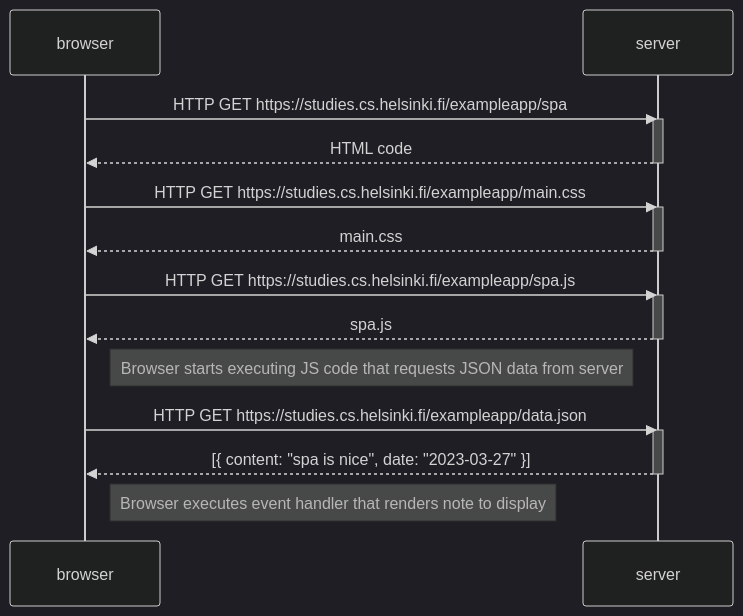
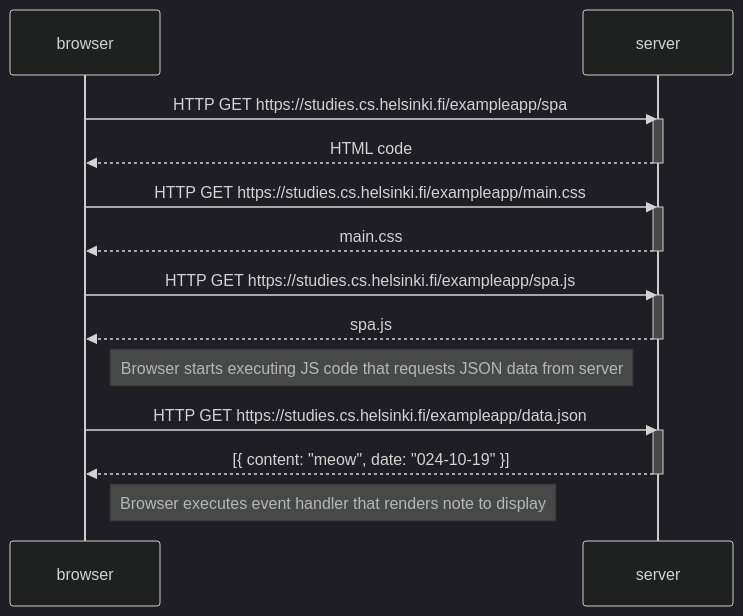
Before and after one commit to SXYII12RCHAS/fullstackopen: the diagram in part0/Exercise5.mmd, drawn with Mermaid (dark theme).

```diff
--- a/part0/Exercise5.mmd
+++ b/part0/Exercise5.mmd
@@ -1,27 +1,27 @@
 sequenceDiagram
 participant browser
 participant server
 
     browser->>server: HTTP GET https://studies.cs.helsinki.fi/exampleapp/spa
     activate server
     server-->>browser: HTML code
     deactivate server
 
     browser->>server: HTTP GET https://studies.cs.helsinki.fi/exampleapp/main.css
     activate server
     server-->>browser: main.css
     deactivate server
 
     browser->>server: HTTP GET https://studies.cs.helsinki.fi/exampleapp/spa.js
     activate server
     server-->>browser: spa.js
     deactivate server
 
     Note right of browser: Browser starts executing JS code that requests JSON data from server
 
     browser->>server: HTTP GET https://studies.cs.helsinki.fi/exampleapp/data.json
     activate server
-    server-->>browser: [{ content: "spa is nice", date: "2023-03-27" }]
+    server-->>browser: [{ content: "meow", date: "024-10-19" }]
     deactivate server
 
     Note right of browser: Browser executes event handler that renders note to display
```
